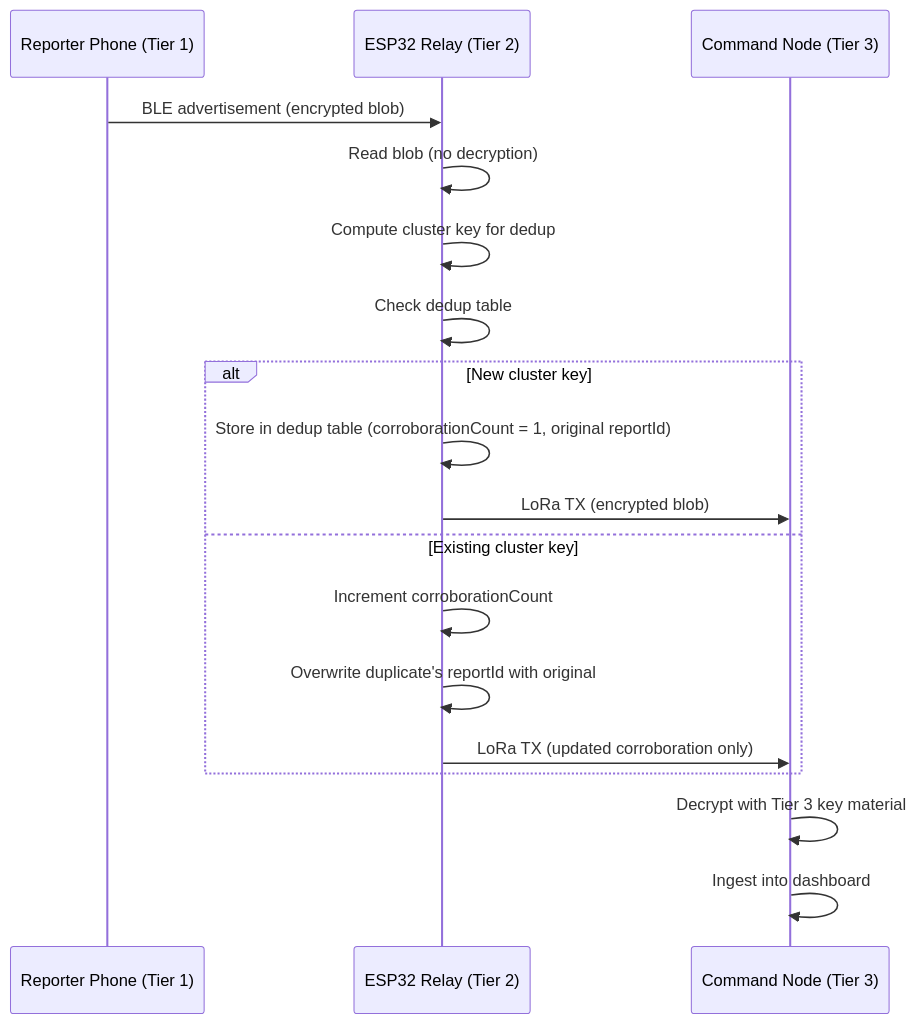
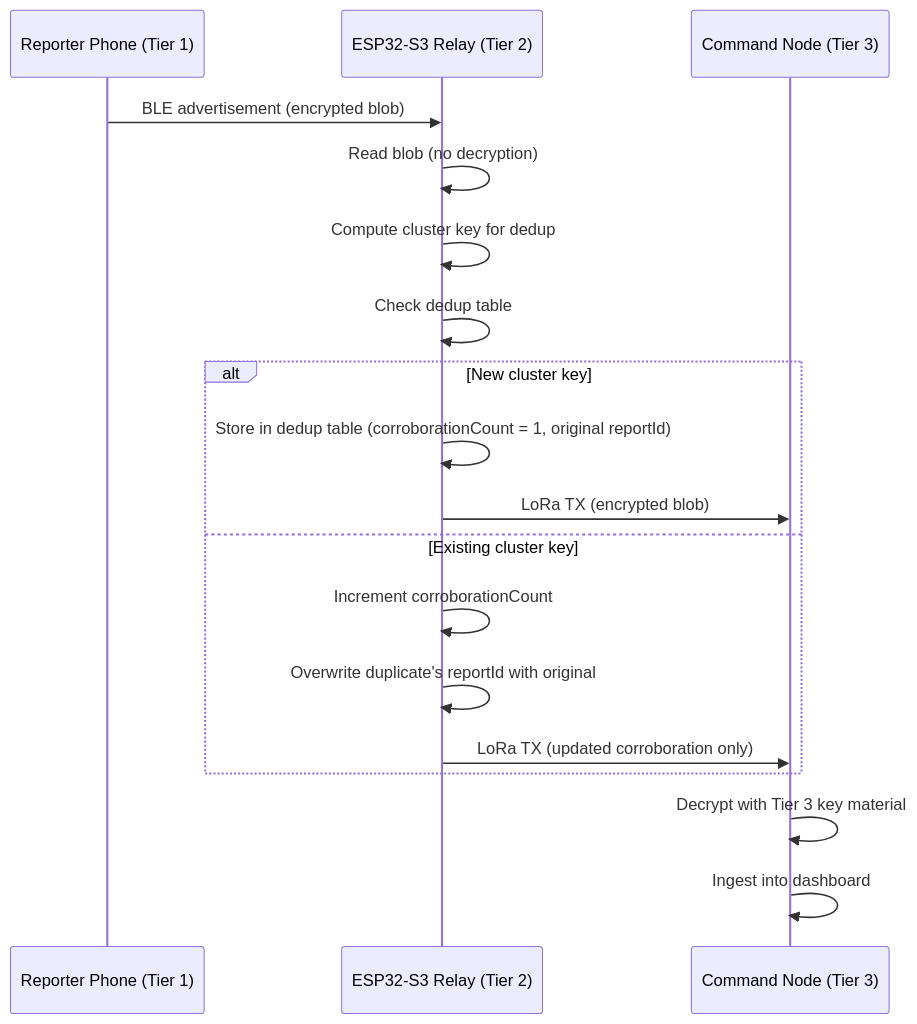
Before and after one commit to AniruddhaK07/Emergency-Mesh-V1: the third of 6 diagrams in docs/WIRING.md, drawn with Mermaid. The commit also changed other lines of this file and 14 other files, not shown here.

````diff
--- a/docs/WIRING.md
+++ b/docs/WIRING.md
@@ -72,21 +86,21 @@
 ```mermaid
 sequenceDiagram
     participant Phone as Reporter Phone (Tier 1)
-    participant Relay as ESP32 Relay (Tier 2)
+    participant Relay as ESP32-S3 Relay (Tier 2)
     participant Cmd as Command Node (Tier 3)
 
     Phone->>Relay: BLE advertisement (encrypted blob)
     Relay->>Relay: Read blob (no decryption)
     Relay->>Relay: Compute cluster key for dedup
     Relay->>Relay: Check dedup table
     alt New cluster key
         Relay->>Relay: Store in dedup table (corroborationCount = 1, original reportId)
         Relay->>Cmd: LoRa TX (encrypted blob)
     else Existing cluster key
         Relay->>Relay: Increment corroborationCount
         Relay->>Relay: Overwrite duplicate's reportId with original
         Relay->>Cmd: LoRa TX (updated corroboration only)
     end
     Cmd->>Cmd: Decrypt with Tier 3 key material
     Cmd->>Cmd: Ingest into dashboard
 ```
````
